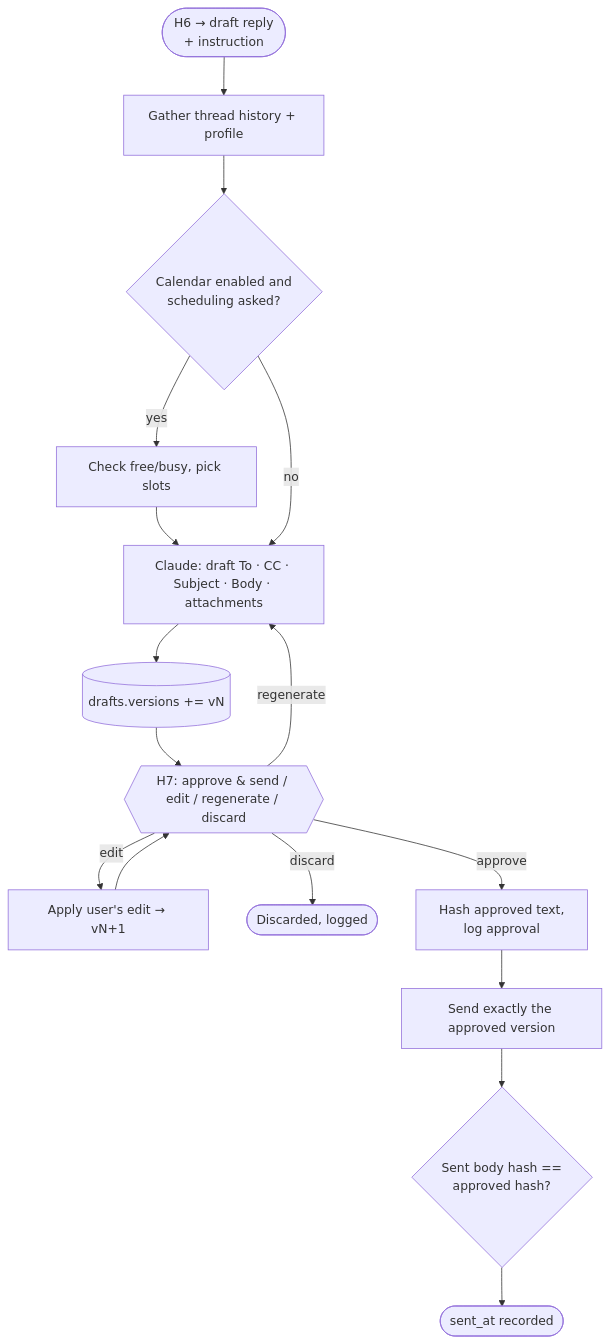
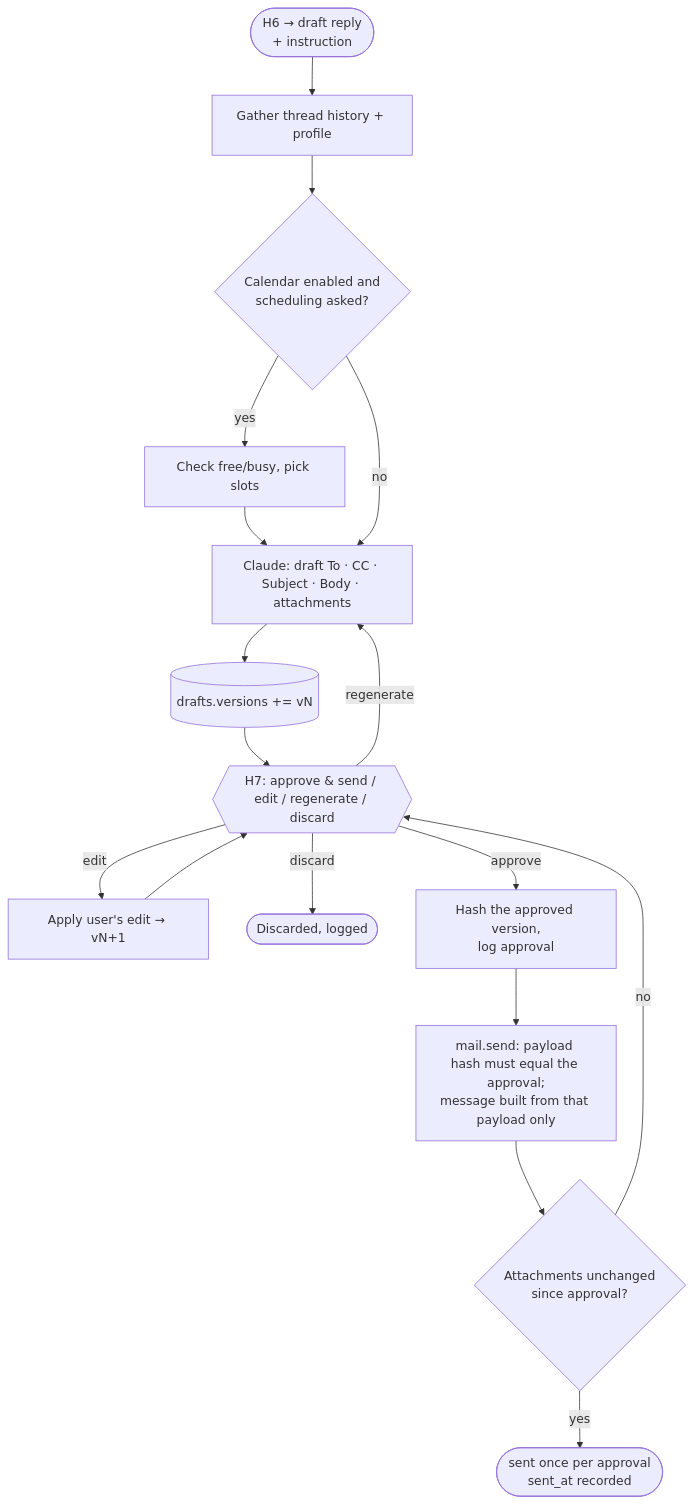
One commit to mjunedalam/JobPilot changed the diagram in docs/architecture/agents/08-reply-drafting.md. Above: the diagram before and after it, drawn with Mermaid. The commit also changed other lines of this file and 60 other files, not shown here.

````diff
--- a/docs/architecture/agents/08-reply-drafting.md
+++ b/docs/architecture/agents/08-reply-drafting.md
@@ -11,16 +11,17 @@
 ```mermaid
 flowchart TD
     IN(["H6 → draft reply<br/>+ instruction"]) --> CTX["Gather thread history + profile"]
     CTX --> CAL{"Calendar enabled and<br/>scheduling asked?"}
     CAL -- yes --> FB["Check free/busy, pick slots"] --> GEN
     CAL -- no --> GEN["Claude: draft To · CC · Subject · Body · attachments"]
     GEN --> V[("drafts.versions += vN")]
     V --> H7{{"H7: approve & send / edit / regenerate / discard"}}
     H7 -- edit --> EDIT["Apply user's edit → vN+1"] --> H7
     H7 -- regenerate --> GEN
     H7 -- discard --> X(["Discarded, logged"])
-    H7 -- approve --> HASH["Hash approved text,<br/>log approval"]
-    HASH --> SEND["Send exactly the approved version"]
-    SEND --> VERIFYH{"Sent body hash ==<br/>approved hash?"}
-    VERIFYH --> DONE(["sent_at recorded"])
+    H7 -- approve --> HASH["Hash the approved version,<br/>log approval"]
+    HASH --> SEND["mail.send: payload hash must equal the approval;<br/>message built from that payload only"]
+    SEND --> ATT{"Attachments unchanged<br/>since approval?"}
+    ATT -- no --> H7
+    ATT -- yes --> DONE(["sent once per approval<br/>sent_at recorded"])
 ```
````
